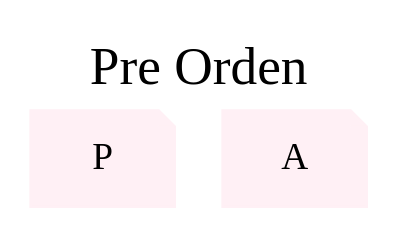
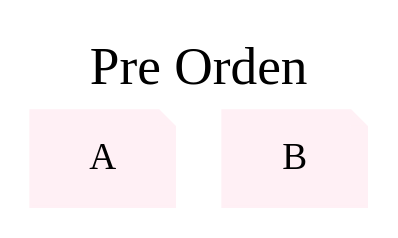
One commit to JoseMorente98/EDD-Proyecto-1 changed the diagram in EDD_1S2020_PY1_201801237/PreOrden.dot. Above: the diagram before and after it, drawn with Graphviz. The commit also changed 48 other files, not shown here.

```diff
--- a/EDD_1S2020_PY1_201801237/PreOrden.dot
+++ b/EDD_1S2020_PY1_201801237/PreOrden.dot
@@ -1,7 +1,7 @@
 digraph ArbolBinario {
 	rankdir=TB;
 	node[shape = note, fontcolor = black, style = filled, color = lavenderblush];
 	graph[label = "Pre Orden", labelloc = t, fontsize = 20];
-Object1[label = " P"];
-Object2[label = " A"];
+Object1[label = " A"];
+Object2[label = " B"];
 }
```
